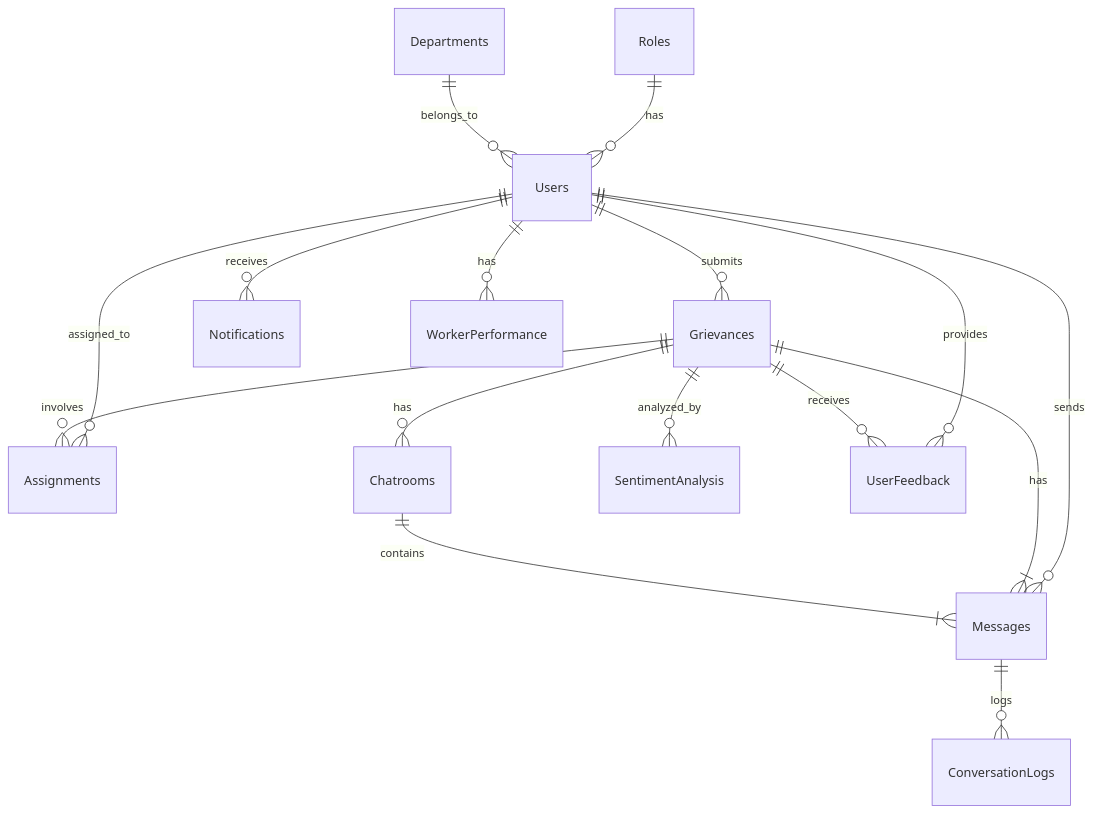
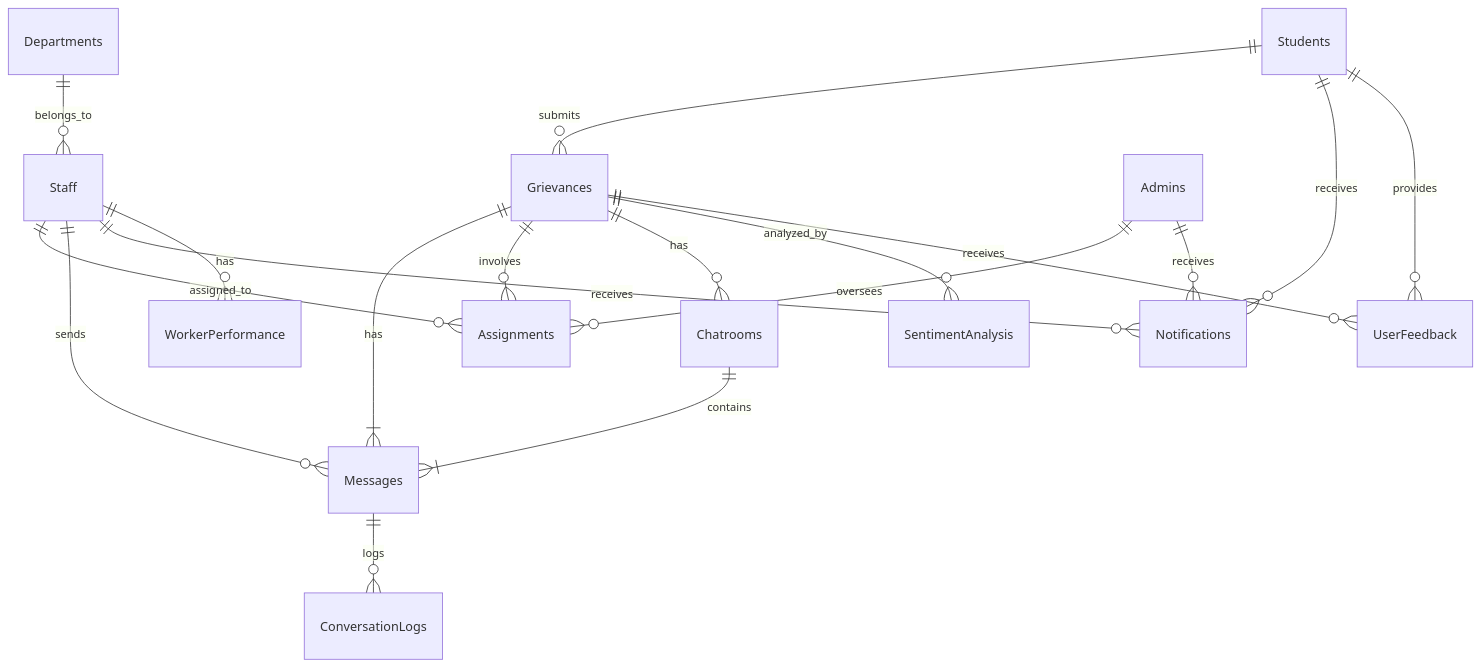
The diagram in schema.md (Transcendental-Programmer/Hostel-Management-System), drawn with Mermaid before and after one commit. The commit also changed other lines of this file, not shown here.

````diff
--- a/schema.md
+++ b/schema.md
@@ -338,18 +365,20 @@
 ```mermaid
 erDiagram
-    Users ||--o{ Grievances : submits
-    Users ||--o{ Assignments : assigned_to
-    Users ||--o{ Messages : sends
-    Roles ||--o{ Users : has
-    Departments ||--o{ Users : belongs_to
+    Students ||--o{ Grievances : submits
+    Staff ||--o{ Assignments : assigned_to
+    Staff ||--o{ Messages : sends
+    Admins ||--o{ Assignments : oversees
+    Departments ||--o{ Staff : belongs_to
     Grievances ||--|{ Messages : has
     Grievances ||--o{ Assignments : involves
     Grievances ||--o{ Chatrooms : has
     Chatrooms ||--|{ Messages : contains
     Grievances ||--o{ SentimentAnalysis : analyzed_by
     Messages ||--o{ ConversationLogs : logs
-    Users ||--o{ Notifications : receives
-    Users ||--o{ UserFeedback : provides
+    Students ||--o{ Notifications : receives
+    Staff ||--o{ Notifications : receives
+    Admins ||--o{ Notifications : receives
+    Students ||--o{ UserFeedback : provides
     Grievances ||--o{ UserFeedback : receives
-    Users ||--o{ WorkerPerformance : has
+    Staff ||--o{ WorkerPerformance : has
 ```
````
